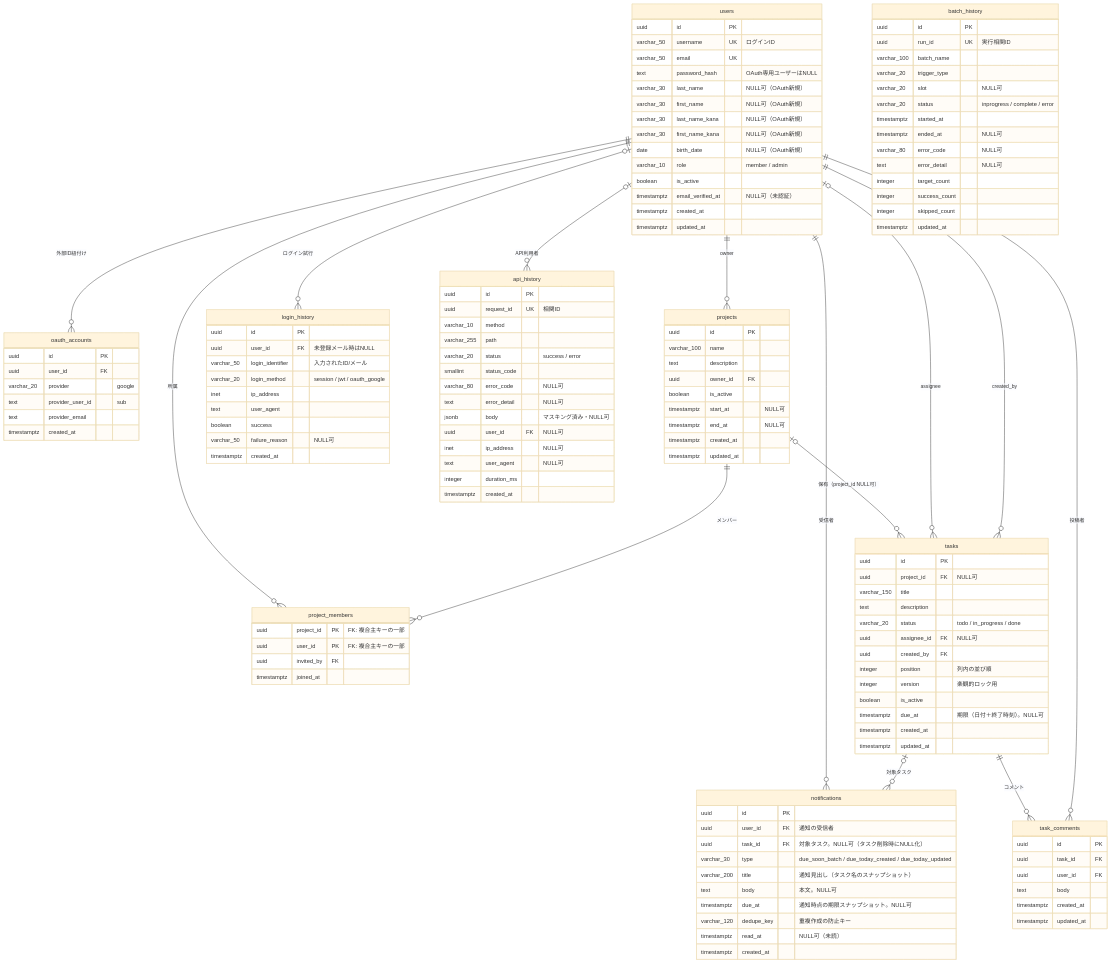
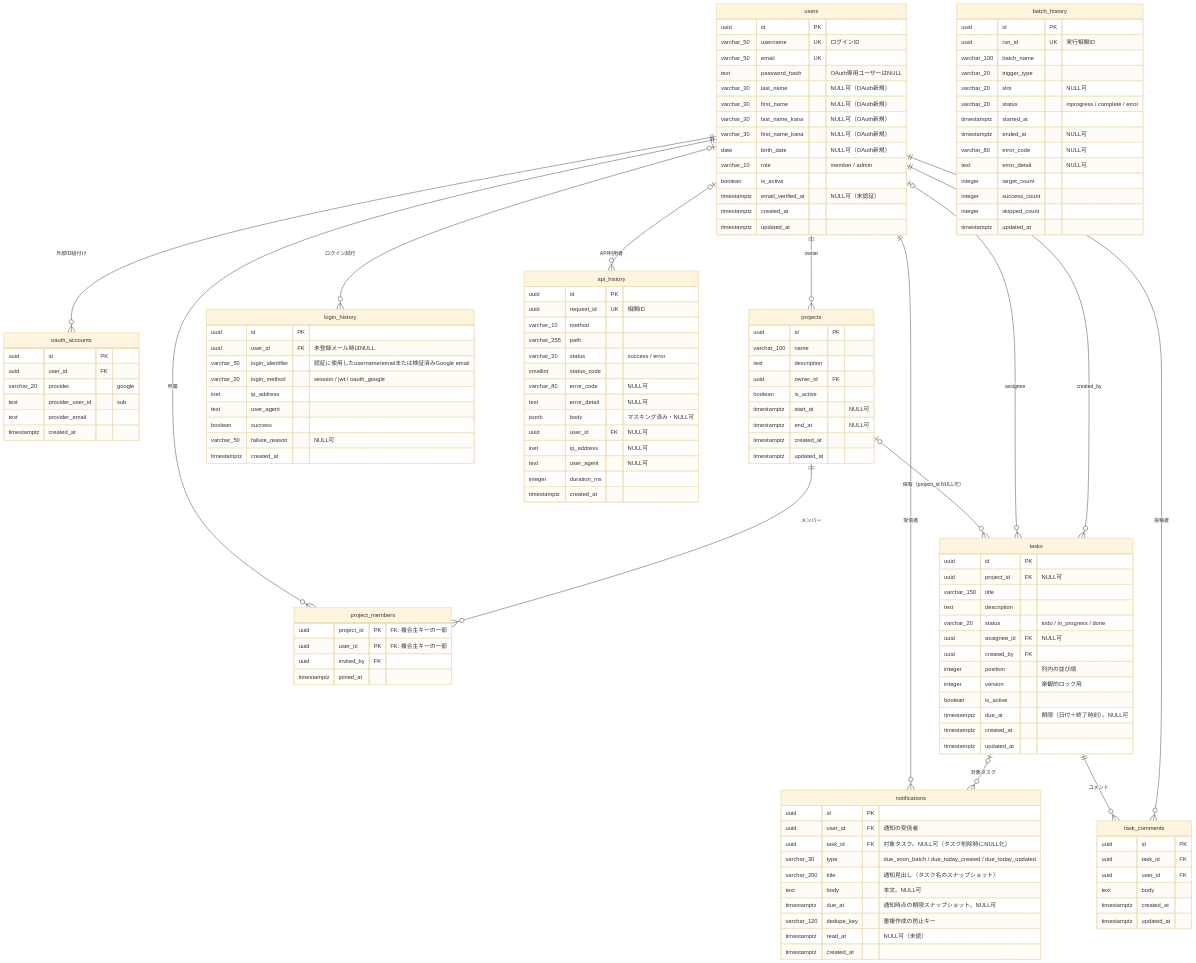
The first of 6 diagrams in docs/basic_design/01_database.md (oikawa-d/task_management), drawn with Mermaid (base theme) before and after one commit. The commit also changed other lines of this file and 10 other files, not shown here.

```diff
--- a/docs/basic_design/01_database.md
+++ b/docs/basic_design/01_database.md
@@ -107,7 +107,7 @@
     login_history {
         uuid id PK
         uuid user_id FK "未登録メール時はNULL"
-        varchar_50 login_identifier "入力されたID/メール"
+        varchar_50 login_identifier "認証に使用したusername/emailまたは検証済みGoogle email"
         varchar_20 login_method "session / jwt / oauth_google"
         inet ip_address
         text user_agent
```
